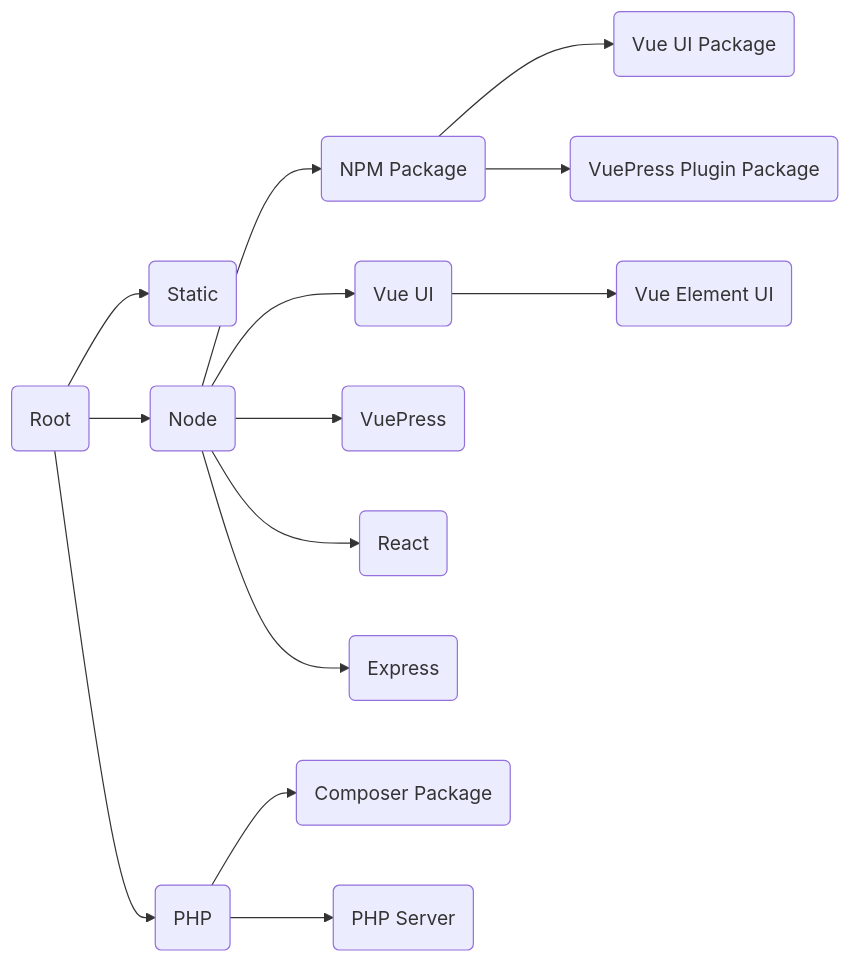
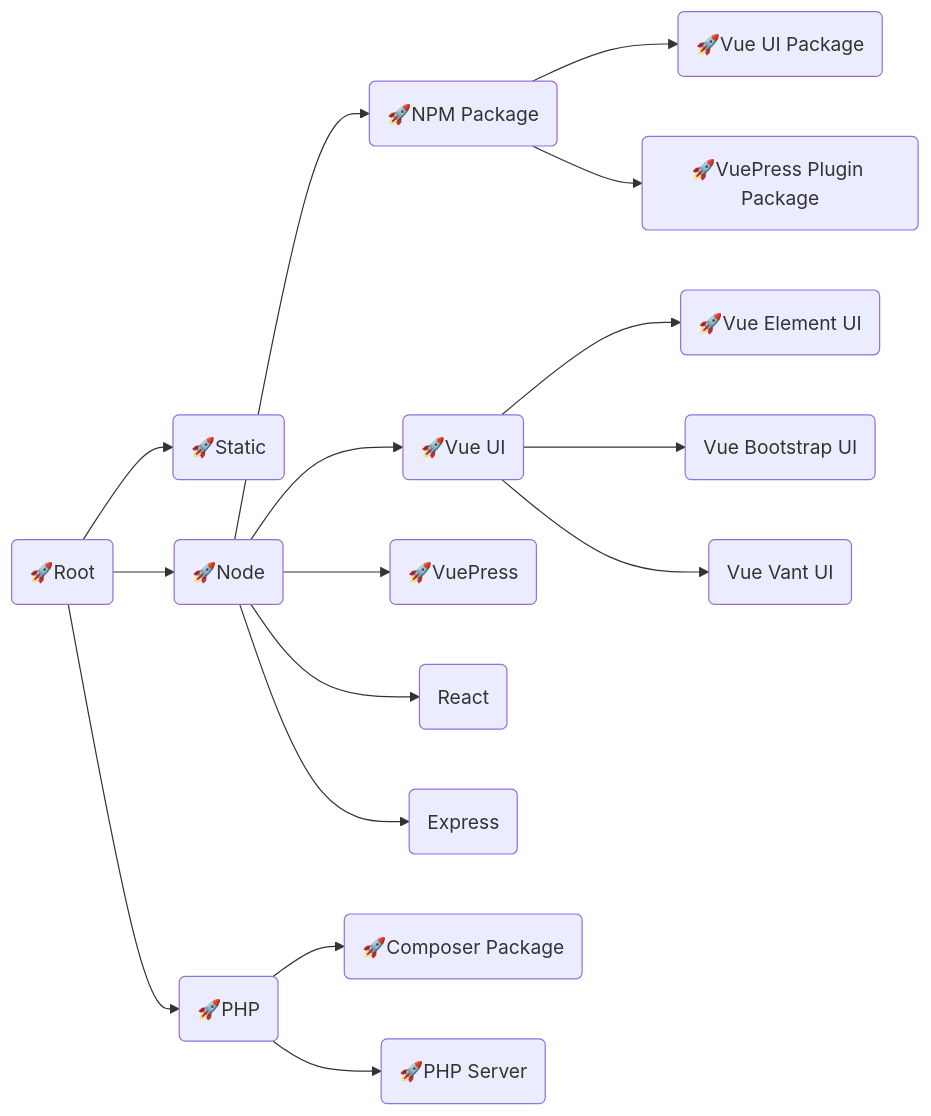
The diagram in profile/README.md (langnang-templates/.github), drawn with Mermaid before and after one commit.

````diff
--- a/profile/README.md
+++ b/profile/README.md
@@ -1,31 +1,34 @@
 ```mermaid
 flowchart LR
-Root(Root)
+Root("🚀Root")
 	click Root "https://github.com/langnang-temp/root"
 
-Root-->Static(Static)
+Root-->Static("🚀Static")
 	click Static "https://github.com/langnang-temp/static"
 
-Root-->Node(Node)
+Root-->Node("🚀Node")
 	click Node "https://github.com/langnang-temp/node"
-	Node-->NPM_Package("NPM Package")
+	Node-->NPM_Package("🚀NPM Package")
 		click NPM_Package "https://github.com/langnang-temp/npm-package"
-		NPM_Package-->Vue_UI_Package("Vue UI Package")
-			click Vue_UI_Package https://github.com/langnang-temp/vue-ui-package
-		NPM_Package-->VuePress_Plugin_Package("VuePress Plugin Package")
-			click VuePress_Plugin_Package https://github.com/langnang-temp/vuepress-plugin-package
-	Node-->Vue_UI("Vue UI")
+		NPM_Package-->Vue_UI_Package("🚀Vue UI Package")
+			click Vue_UI_Package "https://github.com/langnang-temp/vue-ui-package"
+		NPM_Package-->VuePress_Plugin_Package("🚀VuePress Plugin Package")
+			click VuePress_Plugin_Package "https://github.com/langnang-temp/vuepress-plugin-package"
+	Node-->Vue_UI("🚀Vue UI")
 		click Vue_UI "https://github.com/langnang-temp/vue-ui"
-		Vue_UI-->Vue_Element_UI("Vue Element UI")
+		Vue_UI-->Vue_Element_UI("🚀Vue Element UI")
 			click Vue_Element_UI "https://github.com/langnang-temp/vue-element-ui"
-	Node-->VuePress(VuePress)
+		Vue_UI-->Vue_Bootstrap_UI("Vue Bootstrap UI")
+		Vue_UI-->Vue_Vant_UI("Vue Vant UI")
+	Node-->VuePress("🚀VuePress")
 		click VuePress "https://github.com/langnang-temp/vuepress"
 	Node-->React(React)
 	Node-->Express(Express)
 
-Root-->PHP(PHP)
+Root-->PHP("🚀PHP")
 	click PHP "https://github.com/langnang-temp/php"
-	PHP-->Composer_Package("Composer Package")
-	PHP-->PHP_Server("PHP Server")
+	PHP-->Composer_Package("🚀Composer Package")
+	click Composer_Package "https://github.com/langnang-temp/composer-package"
+	PHP-->PHP_Server("🚀PHP Server")
 		click PHP_Server "https://github.com/langnang-temp/php-server"
 ```
````
